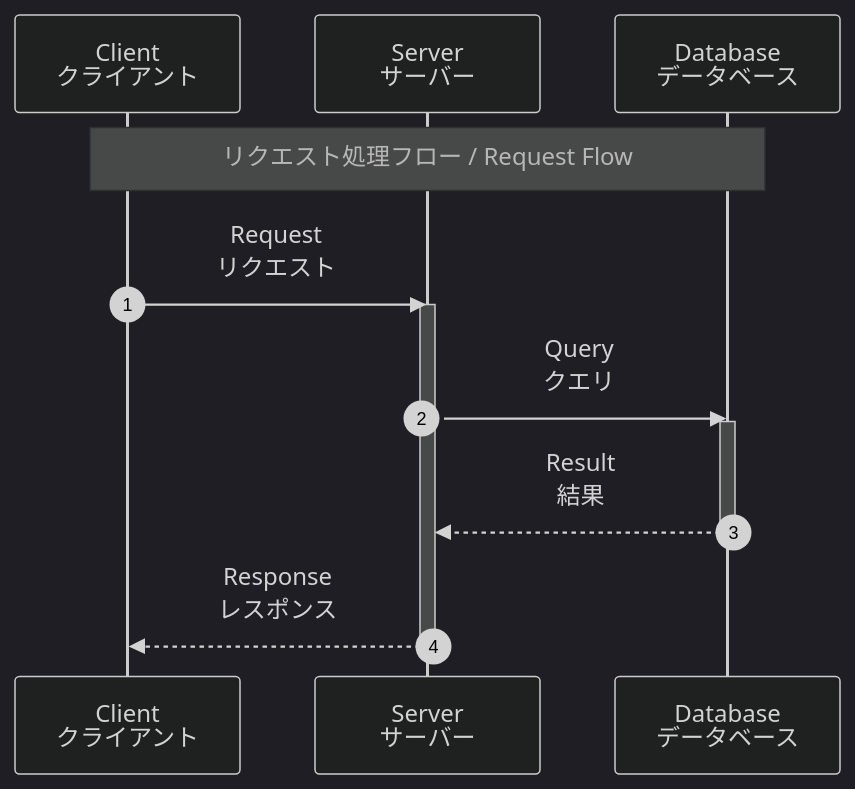
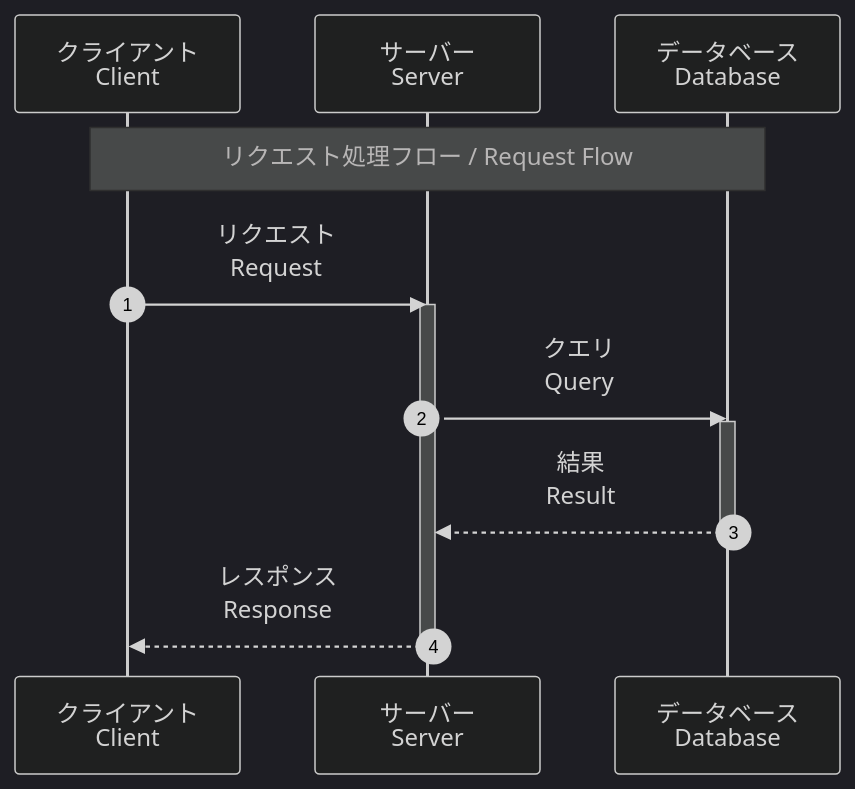
Before and after one commit to MizukiMachine/claude-skill-public: the seventh of 11 diagrams in diagram/references/mermaid-patterns.md, drawn with Mermaid (dark theme). The commit also changed other lines of this file and 2 other files, not shown here.

First line of the commit message:
docs(diagram): Codex版に合わせて日本語メイン方針へ刷新

````diff
--- a/diagram/references/mermaid-patterns.md
+++ b/diagram/references/mermaid-patterns.md
@@ -173,16 +173,16 @@
 ```mermaid
 sequenceDiagram
     autonumber
-    participant C as Client<br/>クライアント
-    participant S as Server<br/>サーバー
-    participant DB as Database<br/>データベース
+    participant C as クライアント<br/>Client
+    participant S as サーバー<br/>Server
+    participant DB as データベース<br/>Database
     Note over C,DB: リクエスト処理フロー / Request Flow
-    C->>S: Request<br/>リクエスト
+    C->>S: リクエスト<br/>Request
     activate S
-    S->>DB: Query<br/>クエリ
+    S->>DB: クエリ<br/>Query
     activate DB
-    DB-->>S: Result<br/>結果
+    DB-->>S: 結果<br/>Result
     deactivate DB
-    S-->>C: Response<br/>レスポンス
+    S-->>C: レスポンス<br/>Response
     deactivate S
 ```
````
